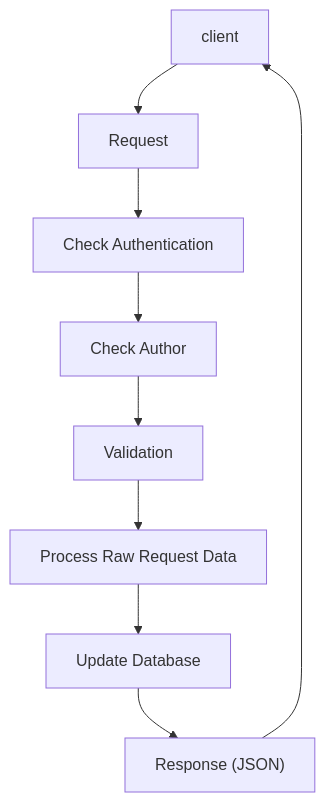
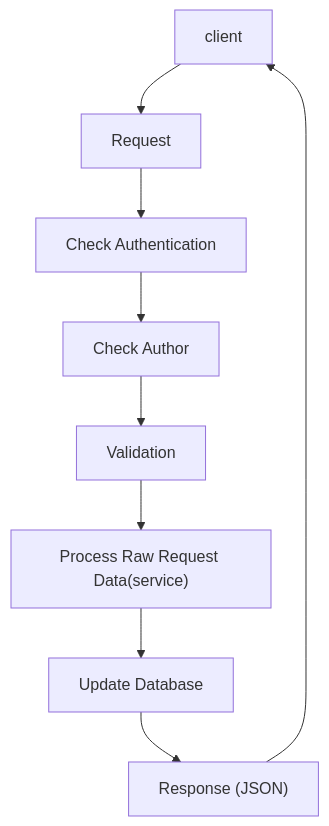
One commit to work-duytn/ai-nft changed the diagram in doc-architect.md. Above: the diagram before and after it, drawn with Mermaid. The commit also changed other lines of this file, not shown here.

Commit message:
doc-architect.md updated from https://stackedit.io/

````diff
--- a/doc-architect.md
+++ b/doc-architect.md
@@ -4,10 +4,10 @@
 ```mermaid
 flowchart TB
 client-->A
 A[Request] --> B[Check Authentication]
 B --> C[Check Author]
 C --> D[Validation]
-D --> E["Process Raw Request Data"]
+D --> E["Process Raw Request Data(service)"]
 E --> F["Update Database"]
 F --> G["Response (JSON)"]	--> client
 ```
````
